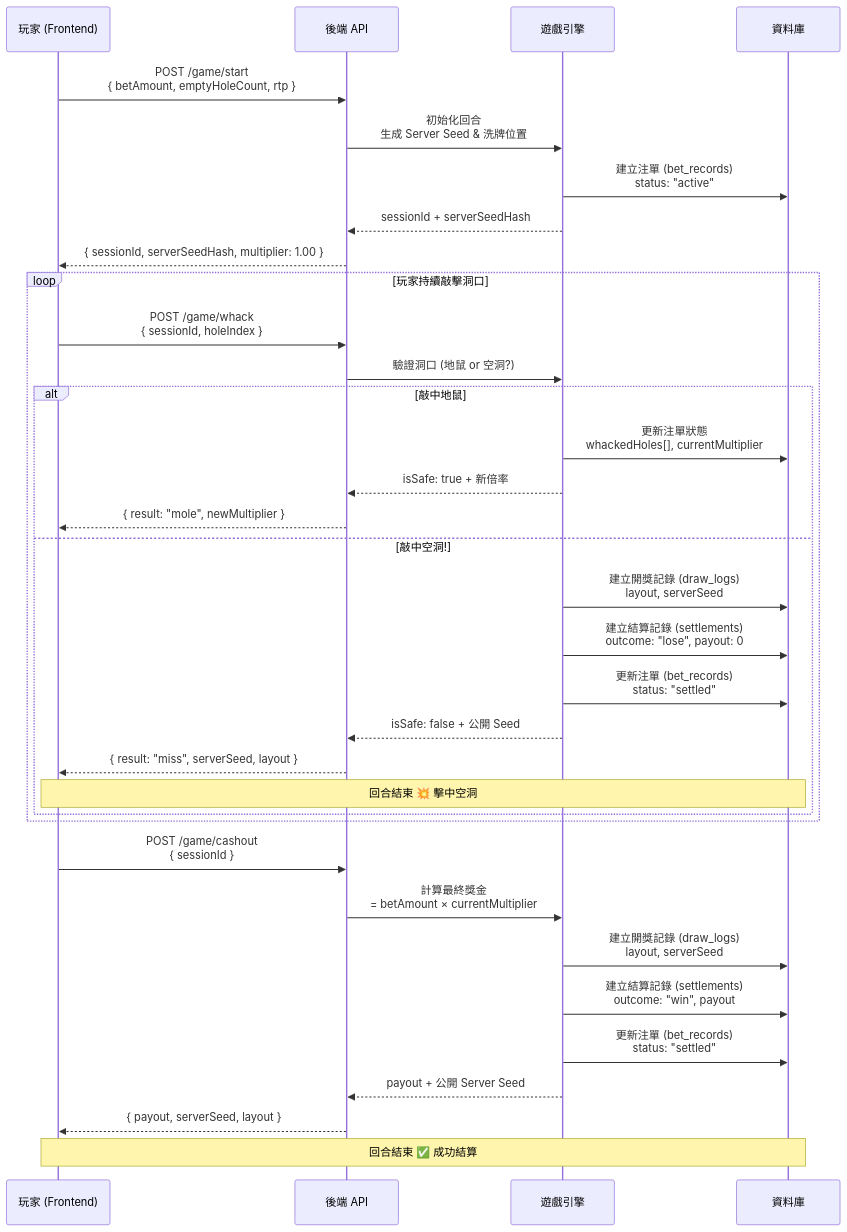
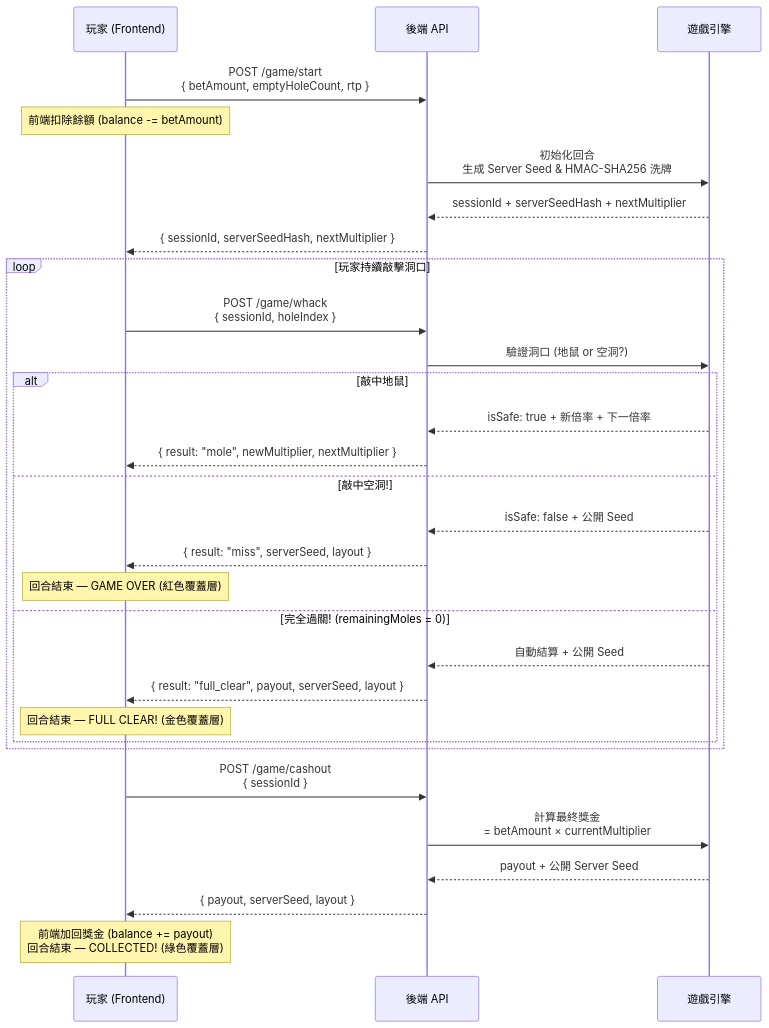
Before and after one commit to dalemiao3721/hitmous-game: the second of 2 diagrams in proposal.md, drawn with Mermaid. The commit also changed other lines of this file, not shown here.

Commit message:
docs: update hitmous-game proposal data structures to v1.4

````diff
--- a/proposal.md
+++ b/proposal.md
@@ -110,39 +152,35 @@
 ```mermaid
 sequenceDiagram
     participant P as 玩家 (Frontend)
     participant B as 後端 API
     participant G as 遊戲引擎
-    participant DB as 資料庫
 
     P->>B: POST /game/start<br/>{ betAmount, emptyHoleCount, rtp }
-    B->>G: 初始化回合<br/>生成 Server Seed & 洗牌位置
-    G->>DB: 建立注單 (bet_records)<br/>status: "active"
-    G-->>B: sessionId + serverSeedHash
-    B-->>P: { sessionId, serverSeedHash, multiplier: 1.00 }
+    Note over P: 前端扣除餘額 (balance -= betAmount)
+    B->>G: 初始化回合<br/>生成 Server Seed & HMAC-SHA256 洗牌
+    G-->>B: sessionId + serverSeedHash + nextMultiplier
+    B-->>P: { sessionId, serverSeedHash, nextMultiplier }
 
     loop 玩家持續敲擊洞口
         P->>B: POST /game/whack<br/>{ sessionId, holeIndex }
         B->>G: 驗證洞口 (地鼠 or 空洞?)
         alt 敲中地鼠
-            G->>DB: 更新注單狀態<br/>whackedHoles[], currentMultiplier
-            G-->>B: isSafe: true + 新倍率
-            B-->>P: { result: "mole", newMultiplier }
+            G-->>B: isSafe: true + 新倍率 + 下一倍率
+            B-->>P: { result: "mole", newMultiplier, nextMultiplier }
         else 敲中空洞!
-            G->>DB: 建立開獎記錄 (draw_logs)<br/>layout, serverSeed
-            G->>DB: 建立結算記錄 (settlements)<br/>outcome: "lose", payout: 0
-            G->>DB: 更新注單 (bet_records)<br/>status: "settled"
             G-->>B: isSafe: false + 公開 Seed
             B-->>P: { result: "miss", serverSeed, layout }
-            Note over P,DB: 回合結束 💥 擊中空洞
+            Note over P: 回合結束 — GAME OVER (紅色覆蓋層)
+        else 完全過關! (remainingMoles = 0)
+            G-->>B: 自動結算 + 公開 Seed
+            B-->>P: { result: "full_clear", payout, serverSeed, layout }
+            Note over P: 回合結束 — FULL CLEAR! (金色覆蓋層)
         end
     end
 
     P->>B: POST /game/cashout<br/>{ sessionId }
     B->>G: 計算最終獎金<br/>= betAmount × currentMultiplier
-    G->>DB: 建立開獎記錄 (draw_logs)<br/>layout, serverSeed
-    G->>DB: 建立結算記錄 (settlements)<br/>outcome: "win", payout
-    G->>DB: 更新注單 (bet_records)<br/>status: "settled"
     G-->>B: payout + 公開 Server Seed
     B-->>P: { payout, serverSeed, layout }
-    Note over P,DB: 回合結束 ✅ 成功結算
+    Note over P: 前端加回獎金 (balance += payout)<br/>回合結束 — COLLECTED! (綠色覆蓋層)
 ```
````
